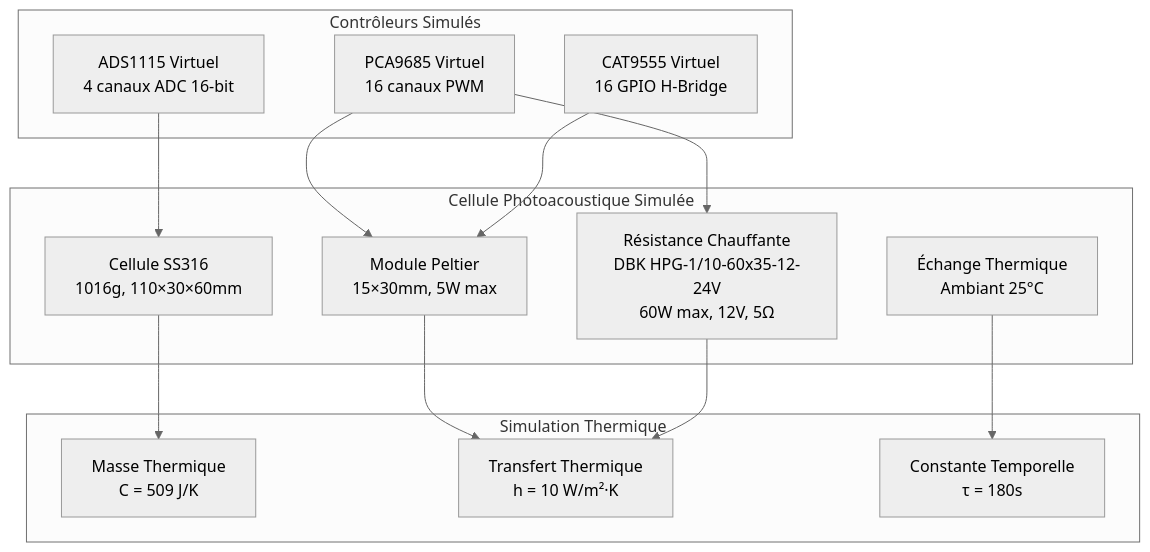
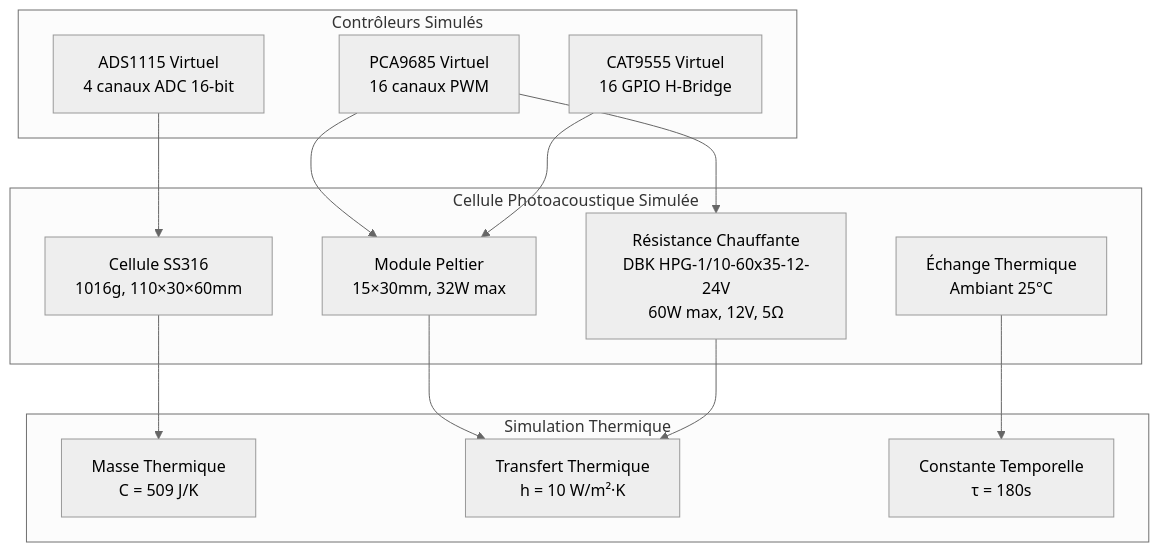
Diagram 13 of 28 in docs/regulation_thermique.md (sctg-development/rust-photoacoustic), drawn with Mermaid (neutral theme) before and after one commit. The commit also changed other lines of this file, not shown here.

````diff
--- a/docs/regulation_thermique.md
+++ b/docs/regulation_thermique.md
@@ -1156,31 +1156,31 @@
 ```mermaid
 graph TB
     subgraph "Cellule Photoacoustique Simulée"
         CELL[Cellule SS316<br/>1016g, 110×30×60mm]
-        PELTIER[Module Peltier<br/>15×30mm, 5W max]
+        PELTIER[Module Peltier<br/>15×30mm, 32W max]
         HEATER[Résistance Chauffante<br/>DBK HPG-1/10-60x35-12-24V<br/>60W max, 12V, 5Ω]
         AMBIENT[Échange Thermique<br/>Ambiant 25°C]
     end
     
     subgraph "Simulation Thermique"
         THERMAL_MASS[Masse Thermique<br/>C = 509 J/K]
         HEAT_TRANSFER[Transfert Thermique<br/>h = 10 W/m²·K]
         TIME_CONSTANT[Constante Temporelle<br/>τ = 180s]
     end
     
     subgraph "Contrôleurs Simulés"
         PWM_SIM[PCA9685 Virtuel<br/>16 canaux PWM]
         ADC_SIM[ADS1115 Virtuel<br/>4 canaux ADC 16-bit]
         GPIO_SIM[CAT9555 Virtuel<br/>16 GPIO H-Bridge]
     end
     
     CELL --> THERMAL_MASS
     PELTIER --> HEAT_TRANSFER
     HEATER --> HEAT_TRANSFER
     AMBIENT --> TIME_CONSTANT
     
     PWM_SIM --> PELTIER
     PWM_SIM --> HEATER
     ADC_SIM --> CELL
     GPIO_SIM --> PELTIER
 ```
````
